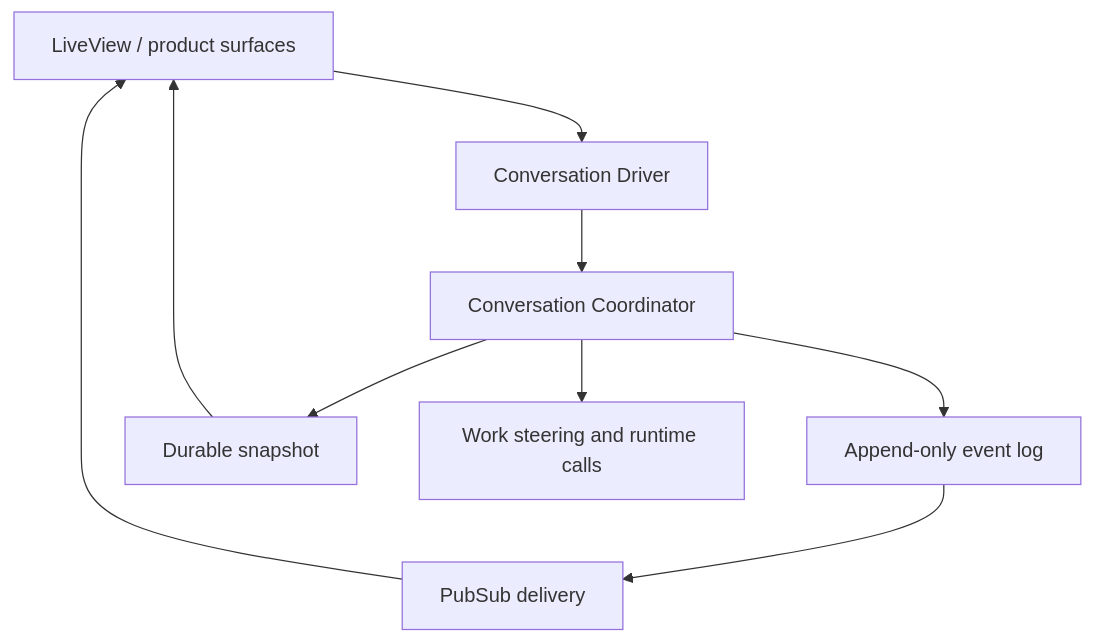
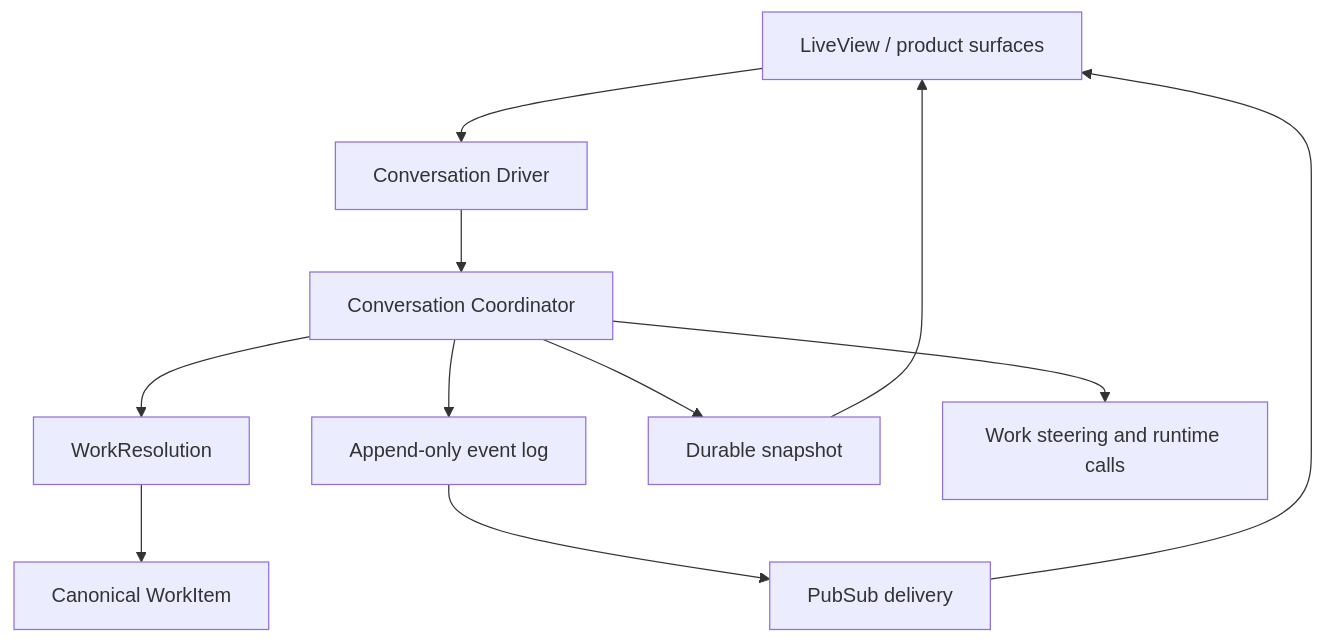
The diagram in docs/developer/06-conversation-orchestration.md (agentjido/jido_code), drawn with Mermaid before and after one commit. The commit also changed other lines of this file and 13 other files, not shown here.

````diff
--- a/docs/developer/06-conversation-orchestration.md
+++ b/docs/developer/06-conversation-orchestration.md
@@ -40,11 +41,13 @@
 ```mermaid
 flowchart TD
   UI["LiveView / product surfaces"] --> DRIVER["Conversation Driver"]
   DRIVER --> COORD["Conversation Coordinator"]
+  COORD --> RESOLVE["WorkResolution"]
+  RESOLVE --> WORKITEM["Canonical WorkItem"]
   COORD --> EVENTS["Append-only event log"]
   COORD --> SNAP["Durable snapshot"]
   COORD --> WORK["Work steering and runtime calls"]
   EVENTS --> PUB["PubSub delivery"]
   PUB --> UI
   SNAP --> UI
 ```
````
